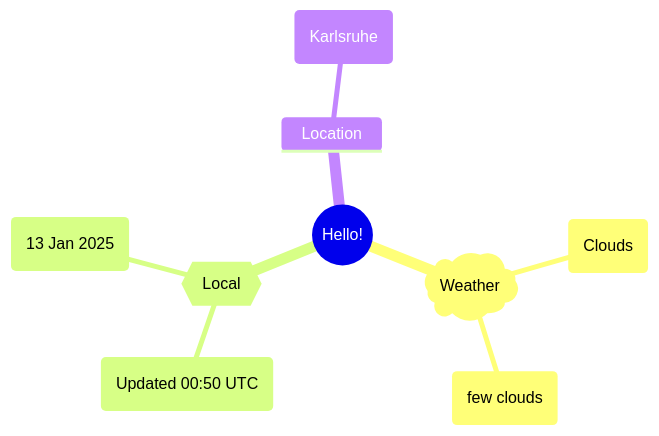
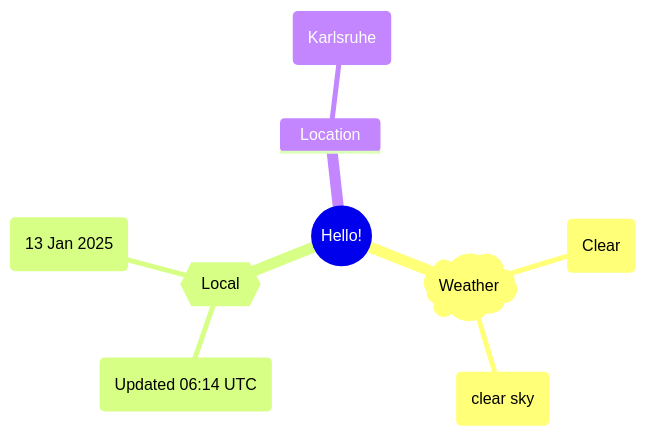
The first of 2 diagrams in README.md (Xosrov/Xosrov), drawn with Mermaid before and after one commit.

Commit message:
[bot] updated images

````diff
--- a/README.md
+++ b/README.md
@@ -3,12 +3,12 @@
 ```mermaid
 mindmap
   root((Hello!))
     )Weather(
-        (Clouds)
-        (few clouds)
+        (Clear)
+        (clear sky)
     {{Local}}
-        (Updated 00:50 UTC)
+        (Updated 06:14 UTC)
         (13 Jan 2025)
     Location
         (Karlsruhe)
 ```
````
